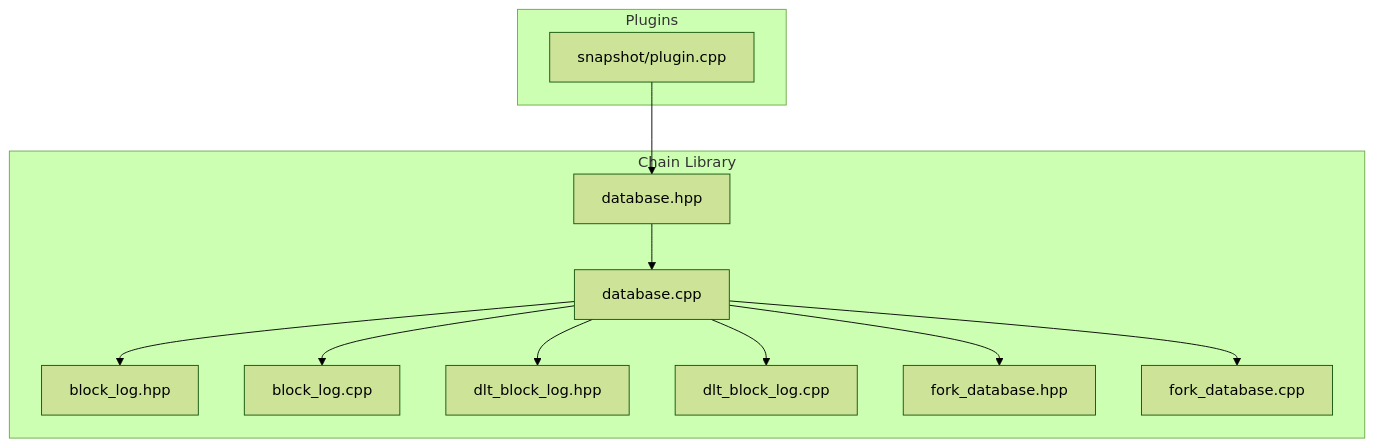
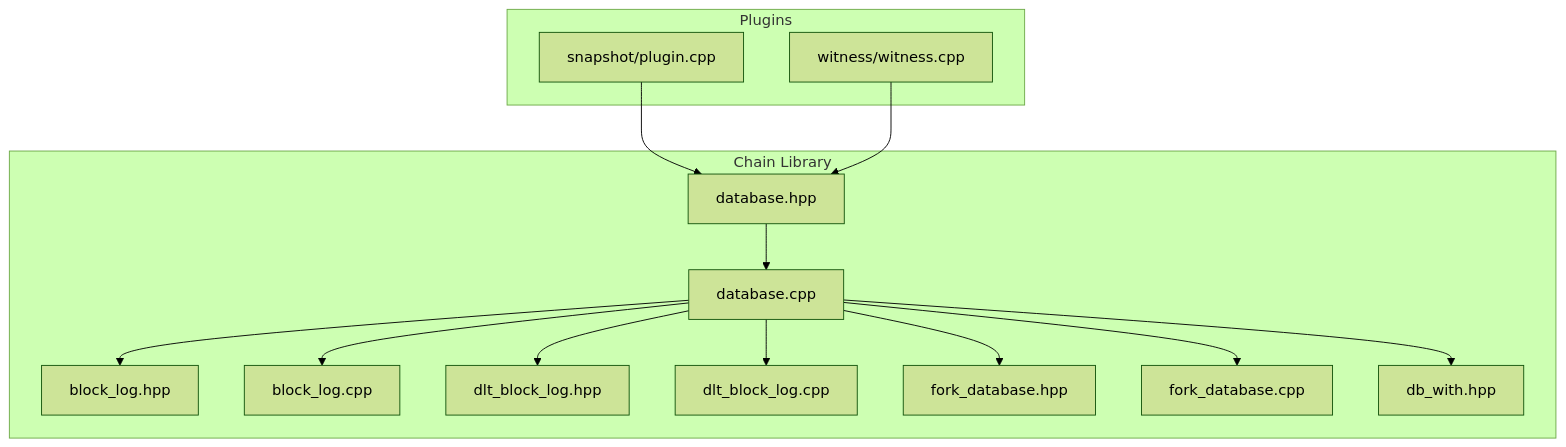
Before and after one commit to VIZ-Blockchain/viz-cpp-node: the first of 15 diagrams in .qoder/repowiki/en/content/Architecture Overview/Core Libraries/Chain Library/Database Management/Database Management.md, drawn with Mermaid (forest theme). The commit also changed other lines of this file and 4 other files, not shown here.

````diff
--- a/.qoder/repowiki/en/content/Architecture Overview/Core Libraries/Chain Library/Database Management/Database Management.md
+++ b/.qoder/repowiki/en/content/Architecture Overview/Core Libraries/Chain Library/Database Management/Database Management.md
@@ -47,24 +50,28 @@
 ```mermaid
 graph TB
 subgraph "Chain Library"
 DBH["database.hpp"]
 DBCPP["database.cpp"]
 BLH["block_log.hpp"]
 BLCPP["block_log.cpp"]
 DLTH["dlt_block_log.hpp"]
 DLTCPP["dlt_block_log.cpp"]
 FDH["fork_database.hpp"]
 FDCPP["fork_database.cpp"]
+DBWH["db_with.hpp"]
 end
 subgraph "Plugins"
 SNAPH["snapshot/plugin.cpp"]
+WITNESS["witness/witness.cpp"]
 end
 DBH --> DBCPP
 DBCPP --> BLH
 DBCPP --> BLCPP
 DBCPP --> DLTH
 DBCPP --> DLTCPP
 DBCPP --> FDH
 DBCPP --> FDCPP
+DBCPP --> DBWH
 SNAPH --> DBH
+WITNESS --> DBH
 ```
````
